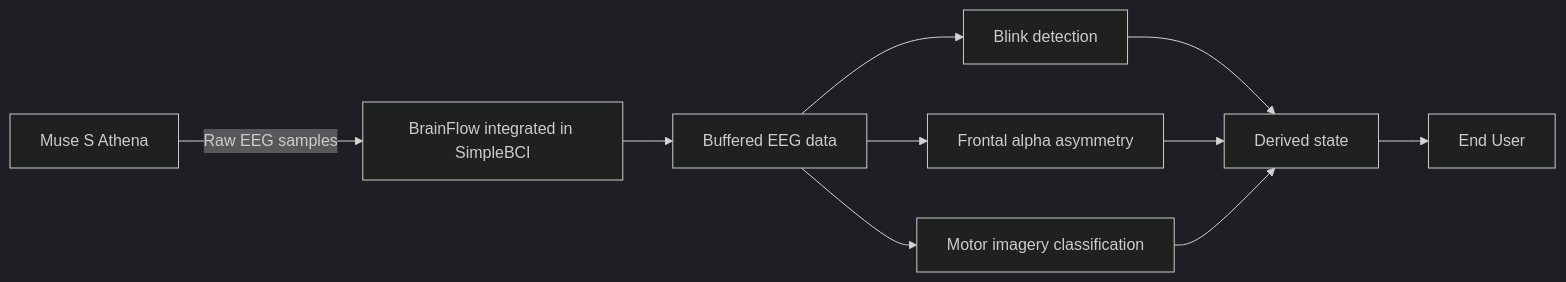
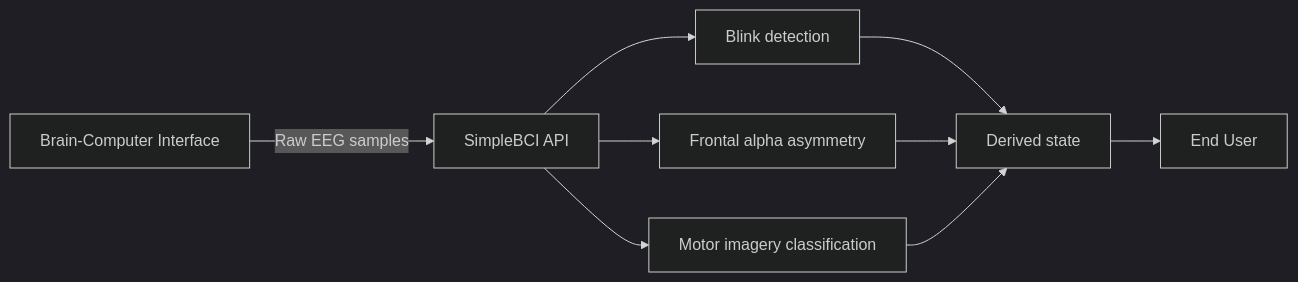
One commit to Ferryry/SimpleBCI changed the second of 2 diagrams in README.md. Above: the diagram before and after it, drawn with Mermaid (dark theme). The commit also changed other lines of this file and 139 other files, not shown here.

````diff
--- a/README.md
+++ b/README.md
@@ -37,15 +37,14 @@
 ```mermaid
 flowchart LR
-    EEG[Muse S Athena] -->|Raw EEG samples| BF[BrainFlow integrated in SimpleBCI]
-    BF --> BUFFER[Buffered EEG data]
+    EEG[Brain-Computer Interface] -->|Raw EEG samples| Simple[SimpleBCI API]
 
-    BUFFER --> BLINK[Blink detection]
-    BUFFER --> FAA[Frontal alpha asymmetry]
-    BUFFER --> MI[Motor imagery classification]
+    Simple --> BLINK[Blink detection]
+    Simple --> FAA[Frontal alpha asymmetry]
+    Simple --> MI[Motor imagery classification]
 
     BLINK --> RESULT[Derived state]
     FAA --> RESULT
     MI --> RESULT
 
     RESULT --> USER[End User]
 ```
````
